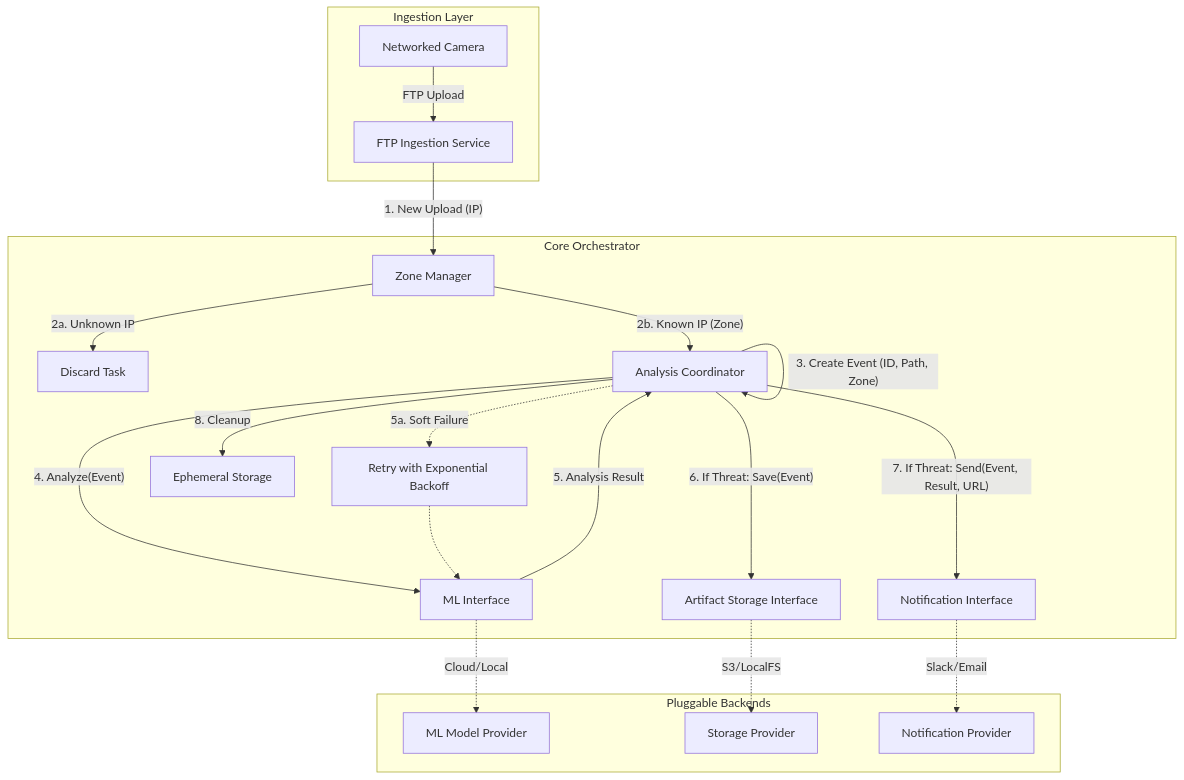
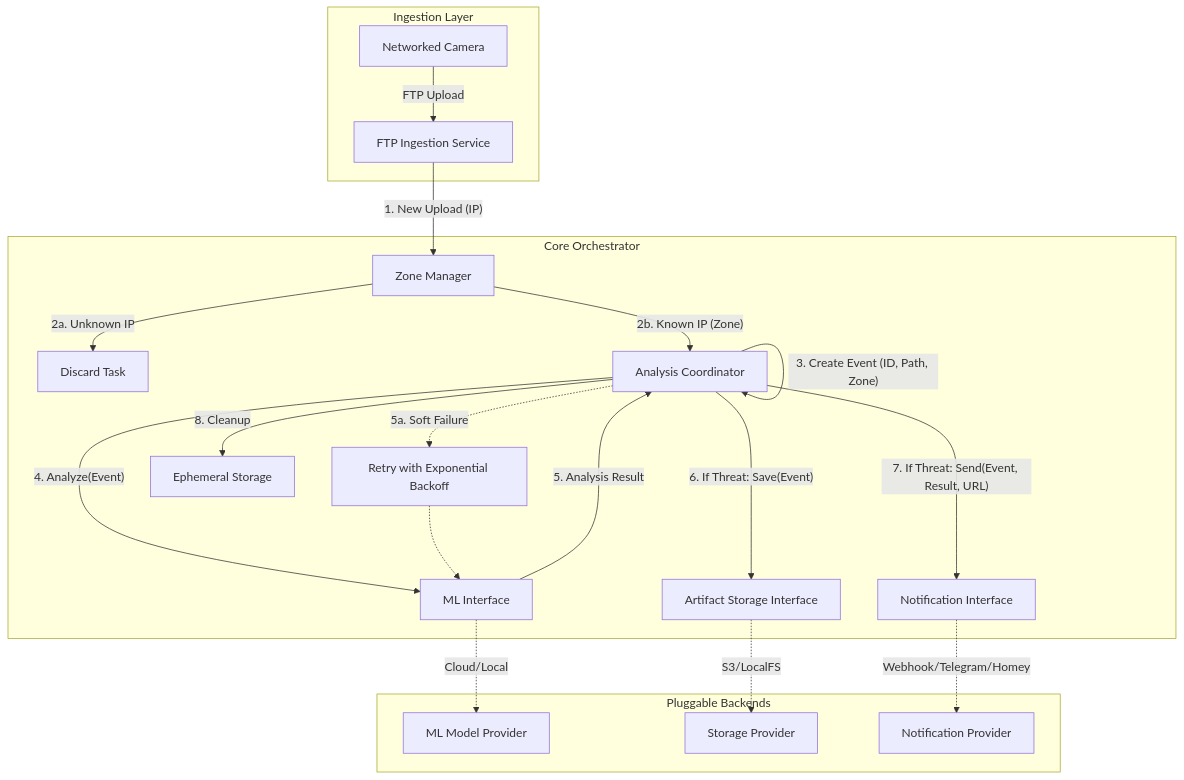
One commit to digitalentity/red-queen changed the diagram in README.md. Above: the diagram before and after it, drawn with Mermaid. The commit also changed other lines of this file and 12 other files, not shown here.

````diff
--- a/README.md
+++ b/README.md
@@ -38,30 +38,30 @@
 ```mermaid
 graph TD
     subgraph "Ingestion Layer"
         Camera[Networked Camera] -->|FTP Upload| FTPServer[FTP Ingestion Service]
     end
 
     subgraph "Core Orchestrator"
         FTPServer -->|"1. New Upload (IP)"| ZoneManager[Zone Manager]
         ZoneManager -->|"2a. Unknown IP"| Discard[Discard Task]
         ZoneManager -->|"2b. Known IP (Zone)"| Coordinator[Analysis Coordinator]
         
         Coordinator -->|"3. Create Event (ID, Path, Zone)"| Coordinator
         Coordinator -->|"4. Analyze(Event)"| MLInterface[ML Interface]
         MLInterface -->|"5. Analysis Result"| Coordinator
         
         Coordinator -.->|"5a. Soft Failure"| Retry[Retry with Exponential Backoff]
         Retry -.-> MLInterface
 
         Coordinator -->|"6. If Threat: Save(Event)"| StorageInterface[Artifact Storage Interface]
         Coordinator -->|"7. If Threat: Send(Event, Result, URL)"| NotificationInterface[Notification Interface]
         
         Coordinator -->|"8. Cleanup"| TempStorage[Ephemeral Storage]
     end
 
     subgraph "Pluggable Backends"
         MLInterface -.->|Cloud/Local| MLModel[ML Model Provider]
         StorageInterface -.->|S3/LocalFS| StorageProvider[Storage Provider]
-        NotificationInterface -.->|Slack/Email| NotificationProvider[Notification Provider]
+        NotificationInterface -.->|Webhook/Telegram/Homey| NotificationProvider[Notification Provider]
     end
 ```
````
